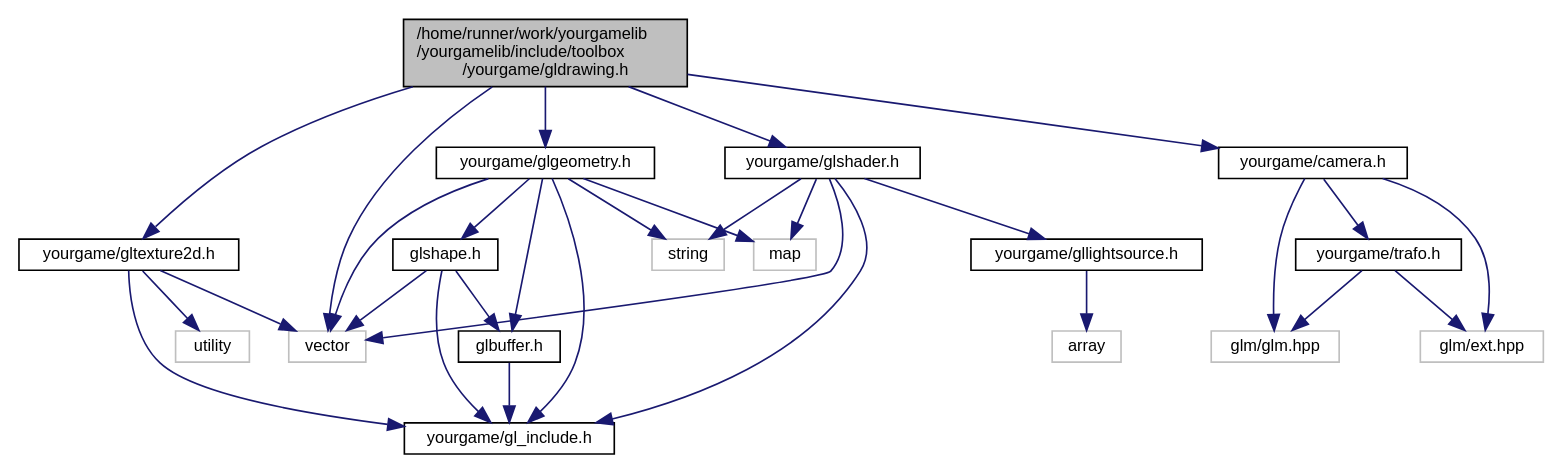
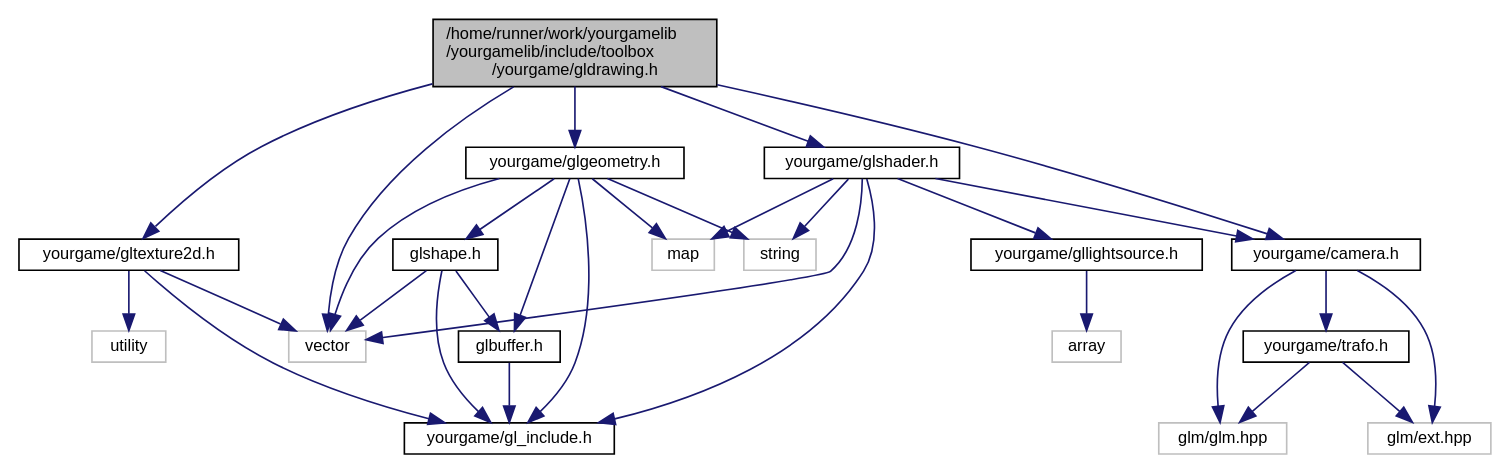
Before and after one commit to duddel/yourgamelib: the diagram in gldrawing_8h__incl.dot, drawn with Graphviz. The commit also changed 70 other files, not shown here.

```diff
--- a/gldrawing_8h__incl.dot
+++ b/gldrawing_8h__incl.dot
@@ -1,51 +1,52 @@
 digraph "/home/runner/work/yourgamelib/yourgamelib/include/toolbox/yourgame/gldrawing.h"
 {
   edge [fontname="Helvetica",fontsize="10",labelfontname="Helvetica",labelfontsize="10"];
   node [fontname="Helvetica",fontsize="10",shape=record];
   Node0 [label="/home/runner/work/yourgamelib\l/yourgamelib/include/toolbox\l/yourgame/gldrawing.h",height=0.2,width=0.4,color="black", fillcolor="grey75", style="filled", fontcolor="black"];
   Node0 -> Node1 [color="midnightblue",fontsize="10",style="solid",fontname="Helvetica"];
   Node1 [label="vector",height=0.2,width=0.4,color="grey75", fillcolor="white", style="filled"];
   Node0 -> Node2 [color="midnightblue",fontsize="10",style="solid",fontname="Helvetica"];
   Node2 [label="yourgame/camera.h",height=0.2,width=0.4,color="black", fillcolor="white", style="filled",URL="$camera_8h.html"];
   Node2 -> Node3 [color="midnightblue",fontsize="10",style="solid",fontname="Helvetica"];
   Node3 [label="glm/glm.hpp",height=0.2,width=0.4,color="grey75", fillcolor="white", style="filled"];
   Node2 -> Node4 [color="midnightblue",fontsize="10",style="solid",fontname="Helvetica"];
   Node4 [label="glm/ext.hpp",height=0.2,width=0.4,color="grey75", fillcolor="white", style="filled"];
   Node2 -> Node5 [color="midnightblue",fontsize="10",style="solid",fontname="Helvetica"];
   Node5 [label="yourgame/trafo.h",height=0.2,width=0.4,color="black", fillcolor="white", style="filled",URL="$trafo_8h.html"];
   Node5 -> Node3 [color="midnightblue",fontsize="10",style="solid",fontname="Helvetica"];
   Node5 -> Node4 [color="midnightblue",fontsize="10",style="solid",fontname="Helvetica"];
   Node0 -> Node6 [color="midnightblue",fontsize="10",style="solid",fontname="Helvetica"];
   Node6 [label="yourgame/glgeometry.h",height=0.2,width=0.4,color="black", fillcolor="white", style="filled",URL="$glgeometry_8h.html"];
   Node6 -> Node7 [color="midnightblue",fontsize="10",style="solid",fontname="Helvetica"];
   Node7 [label="string",height=0.2,width=0.4,color="grey75", fillcolor="white", style="filled"];
   Node6 -> Node8 [color="midnightblue",fontsize="10",style="solid",fontname="Helvetica"];
   Node8 [label="map",height=0.2,width=0.4,color="grey75", fillcolor="white", style="filled"];
   Node6 -> Node1 [color="midnightblue",fontsize="10",style="solid",fontname="Helvetica"];
   Node6 -> Node9 [color="midnightblue",fontsize="10",style="solid",fontname="Helvetica"];
   Node9 [label="yourgame/gl_include.h",height=0.2,width=0.4,color="black", fillcolor="white", style="filled",URL="$gl__include_8h.html"];
   Node6 -> Node10 [color="midnightblue",fontsize="10",style="solid",fontname="Helvetica"];
   Node10 [label="glbuffer.h",height=0.2,width=0.4,color="black", fillcolor="white", style="filled",URL="$glbuffer_8h.html"];
   Node10 -> Node9 [color="midnightblue",fontsize="10",style="solid",fontname="Helvetica"];
   Node6 -> Node11 [color="midnightblue",fontsize="10",style="solid",fontname="Helvetica"];
   Node11 [label="glshape.h",height=0.2,width=0.4,color="black", fillcolor="white", style="filled",URL="$glshape_8h.html"];
   Node11 -> Node1 [color="midnightblue",fontsize="10",style="solid",fontname="Helvetica"];
   Node11 -> Node9 [color="midnightblue",fontsize="10",style="solid",fontname="Helvetica"];
   Node11 -> Node10 [color="midnightblue",fontsize="10",style="solid",fontname="Helvetica"];
   Node0 -> Node12 [color="midnightblue",fontsize="10",style="solid",fontname="Helvetica"];
   Node12 [label="yourgame/glshader.h",height=0.2,width=0.4,color="black", fillcolor="white", style="filled",URL="$glshader_8h.html"];
   Node12 -> Node7 [color="midnightblue",fontsize="10",style="solid",fontname="Helvetica"];
   Node12 -> Node1 [color="midnightblue",fontsize="10",style="solid",fontname="Helvetica"];
   Node12 -> Node8 [color="midnightblue",fontsize="10",style="solid",fontname="Helvetica"];
   Node12 -> Node9 [color="midnightblue",fontsize="10",style="solid",fontname="Helvetica"];
   Node12 -> Node13 [color="midnightblue",fontsize="10",style="solid",fontname="Helvetica"];
   Node13 [label="yourgame/gllightsource.h",height=0.2,width=0.4,color="black", fillcolor="white", style="filled",URL="$gllightsource_8h.html"];
   Node13 -> Node14 [color="midnightblue",fontsize="10",style="solid",fontname="Helvetica"];
   Node14 [label="array",height=0.2,width=0.4,color="grey75", fillcolor="white", style="filled"];
+  Node12 -> Node2 [color="midnightblue",fontsize="10",style="solid",fontname="Helvetica"];
   Node0 -> Node15 [color="midnightblue",fontsize="10",style="solid",fontname="Helvetica"];
   Node15 [label="yourgame/gltexture2d.h",height=0.2,width=0.4,color="black", fillcolor="white", style="filled",URL="$gltexture2d_8h.html"];
   Node15 -> Node1 [color="midnightblue",fontsize="10",style="solid",fontname="Helvetica"];
   Node15 -> Node16 [color="midnightblue",fontsize="10",style="solid",fontname="Helvetica"];
   Node16 [label="utility",height=0.2,width=0.4,color="grey75", fillcolor="white", style="filled"];
   Node15 -> Node9 [color="midnightblue",fontsize="10",style="solid",fontname="Helvetica"];
 }
```
